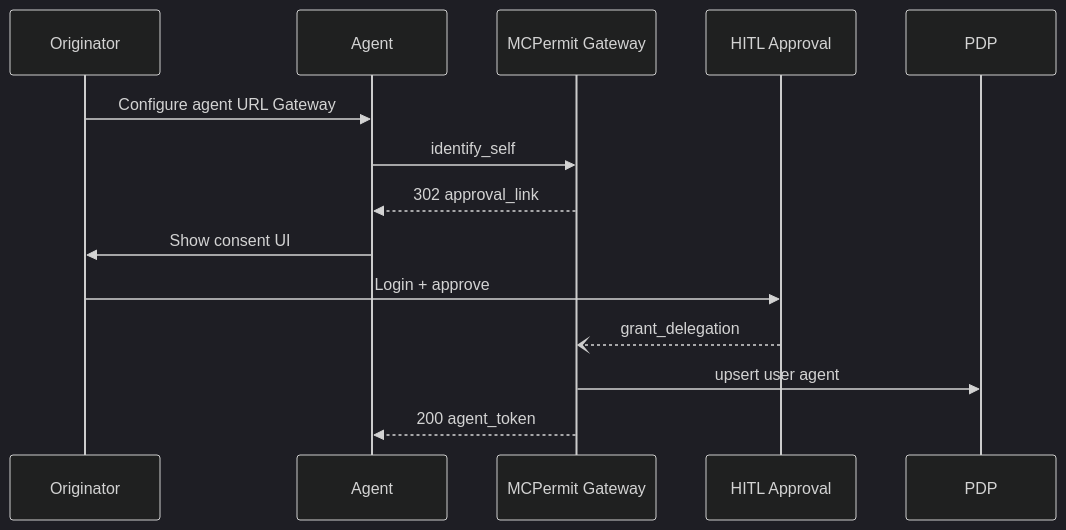
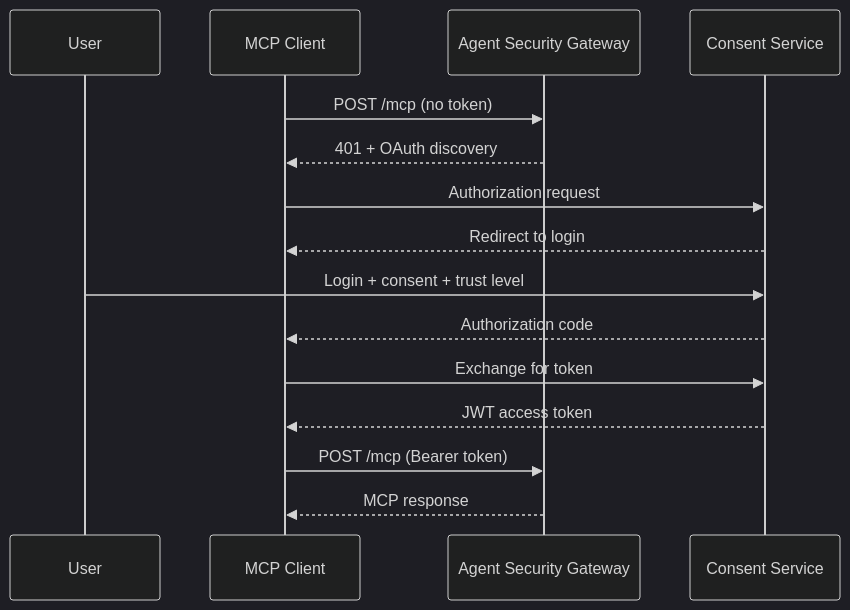
One commit to permitio/docs changed the third of 4 diagrams in docs/ai-security/mcp-permissions/architecture.mdx. Above: the diagram before and after it, drawn with Mermaid (dark theme). The commit also changed other lines of this file and 5 other files, not shown here.

First line of the commit message:
Refactor MCP Permissions documentation to Agent Security terminology

````diff
--- a/docs/ai-security/mcp-permissions/architecture.mdx
+++ b/docs/ai-security/mcp-permissions/architecture.mdx
@@ -124,17 +125,18 @@
 ```mermaid
 sequenceDiagram
-    participant U as Originator
-    participant A as Agent
-    participant G as MCPermit Gateway
-    participant H as HITL Approval
-    participant P as PDP
+    participant U as User
+    participant C as MCP Client
+    participant G as Agent Security Gateway
+    participant CS as Consent Service
 
-    U->>A: Configure agent URL Gateway
-    A->>G: identify_self
-    G-->>A: 302 approval_link
-    A->>U: Show consent UI
-    U->>H: Login + approve
-    H--)G: grant_delegation
-    G->>P: upsert user agent
-    G-->>A: 200 agent_token
+    C->>G: POST /mcp (no token)
+    G-->>C: 401 + OAuth discovery
+    C->>CS: Authorization request
+    CS-->>C: Redirect to login
+    U->>CS: Login + consent + trust level
+    CS-->>C: Authorization code
+    C->>CS: Exchange for token
+    CS-->>C: JWT access token
+    C->>G: POST /mcp (Bearer token)
+    G-->>C: MCP response
 ```
````
